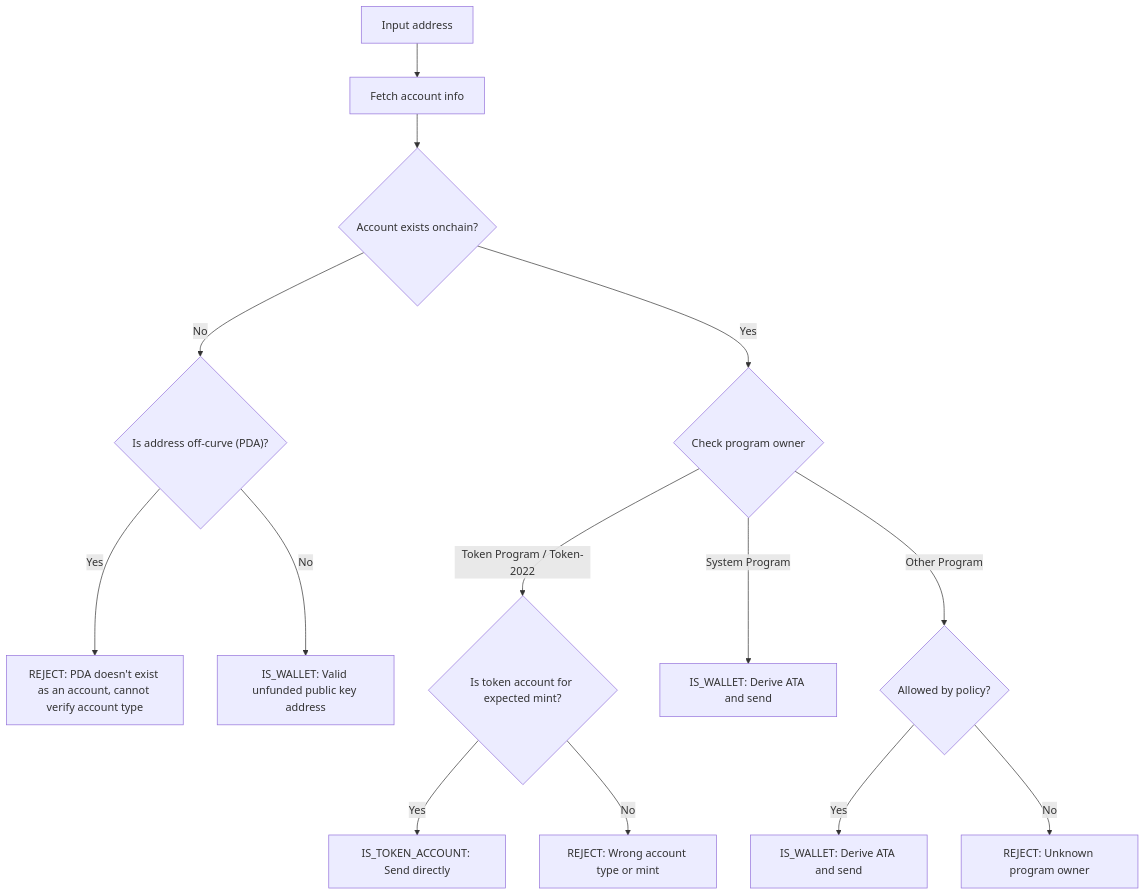
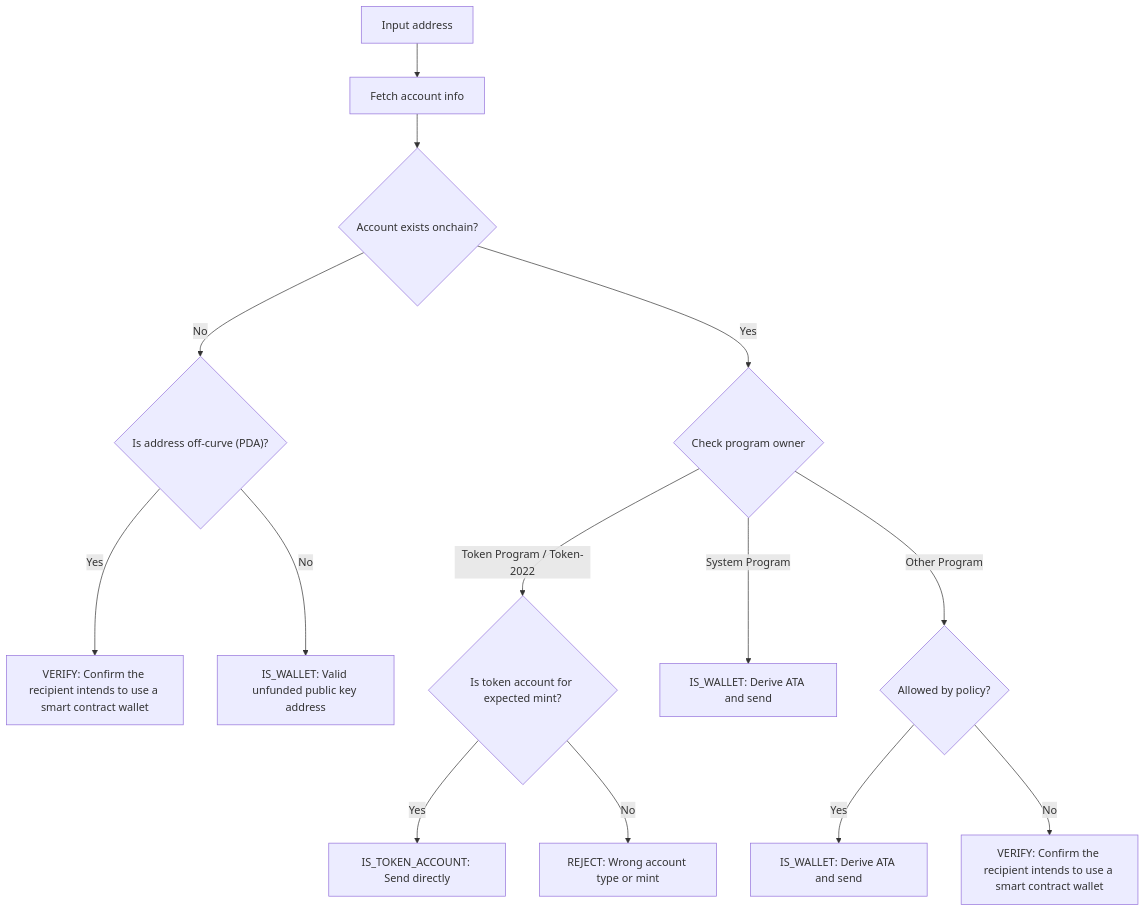
One commit to solana-foundation/solana-com changed the diagram in apps/docs/content/docs/en/payments/send-payments/verify-address.mdx. Above: the diagram before and after it, drawn with Mermaid. The commit also changed other lines of this file, not shown here.

````diff
--- a/apps/docs/content/docs/en/payments/send-payments/verify-address.mdx
+++ b/apps/docs/content/docs/en/payments/send-payments/verify-address.mdx
@@ -130,26 +137,26 @@
 ```mermaid title="Address Verification Flow"
 flowchart TD
     A["Input address"]
     B["Fetch account info"]
 
     A --> B
     B --> C{"Account exists onchain?"}
 
     %% --- Non-existent account path ---
     C -- "No" --> D{"Is address off-curve (PDA)?"}
-    D -- "Yes" --> R1["REJECT: PDA doesn't exist as an account, cannot verify account type"]
+    D -- "Yes" --> V2["VERIFY: Confirm the recipient intends to use a smart contract wallet"]
     D -- "No" --> W1["IS_WALLET: Valid unfunded public key address"]
 
     %% --- Existing account path ---
     C -- "Yes" --> F{"Check program owner"}
 
     F -- "Token Program / Token-2022" --> G{"Is token account for expected mint?"}
     G -- "Yes" --> T1["IS_TOKEN_ACCOUNT: Send directly"]
     G -- "No" --> R2["REJECT: Wrong account type or mint"]
 
     F -- "System Program" --> W2["IS_WALLET: Derive ATA and send"]
 
     F -- "Other Program" --> K{"Allowed by policy?"}
     K -- "Yes" --> W3["IS_WALLET: Derive ATA and send"]
-    K -- "No" --> R3["REJECT: Unknown program owner"]
+    K -- "No" --> V1["VERIFY: Confirm the recipient intends to use a smart contract wallet"]
 ```
````
